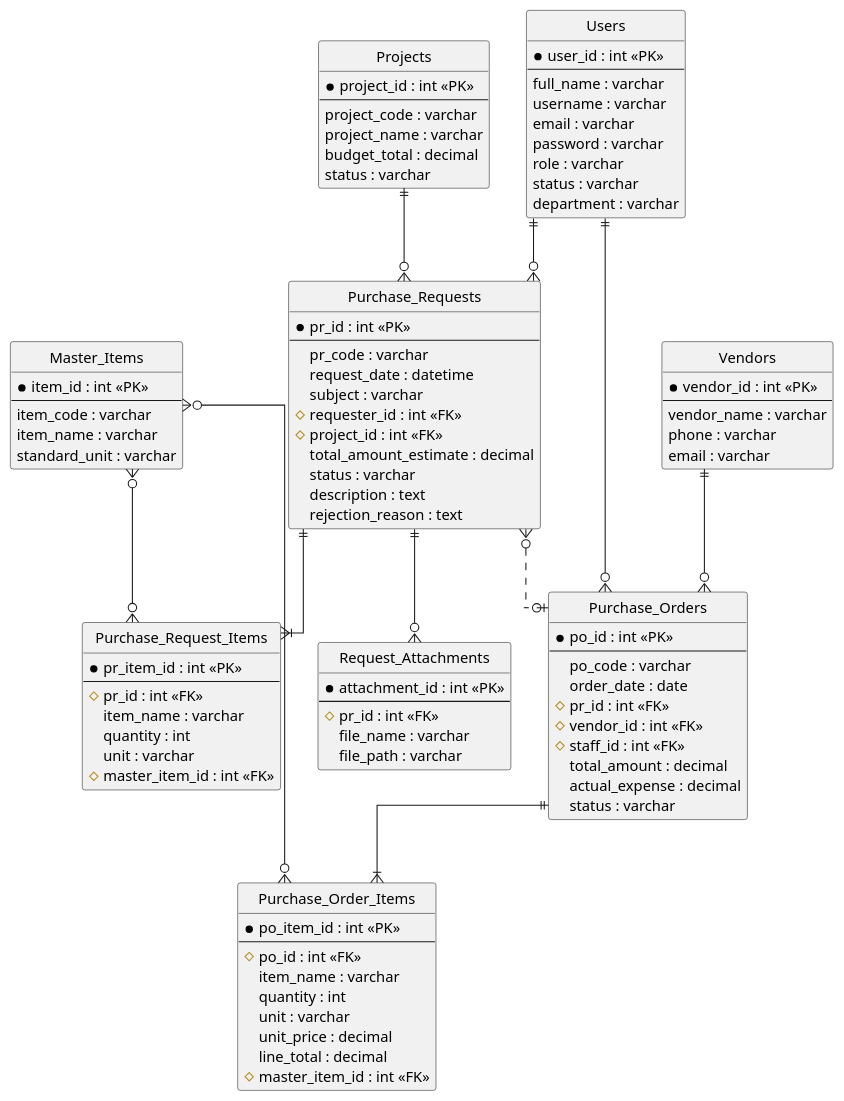
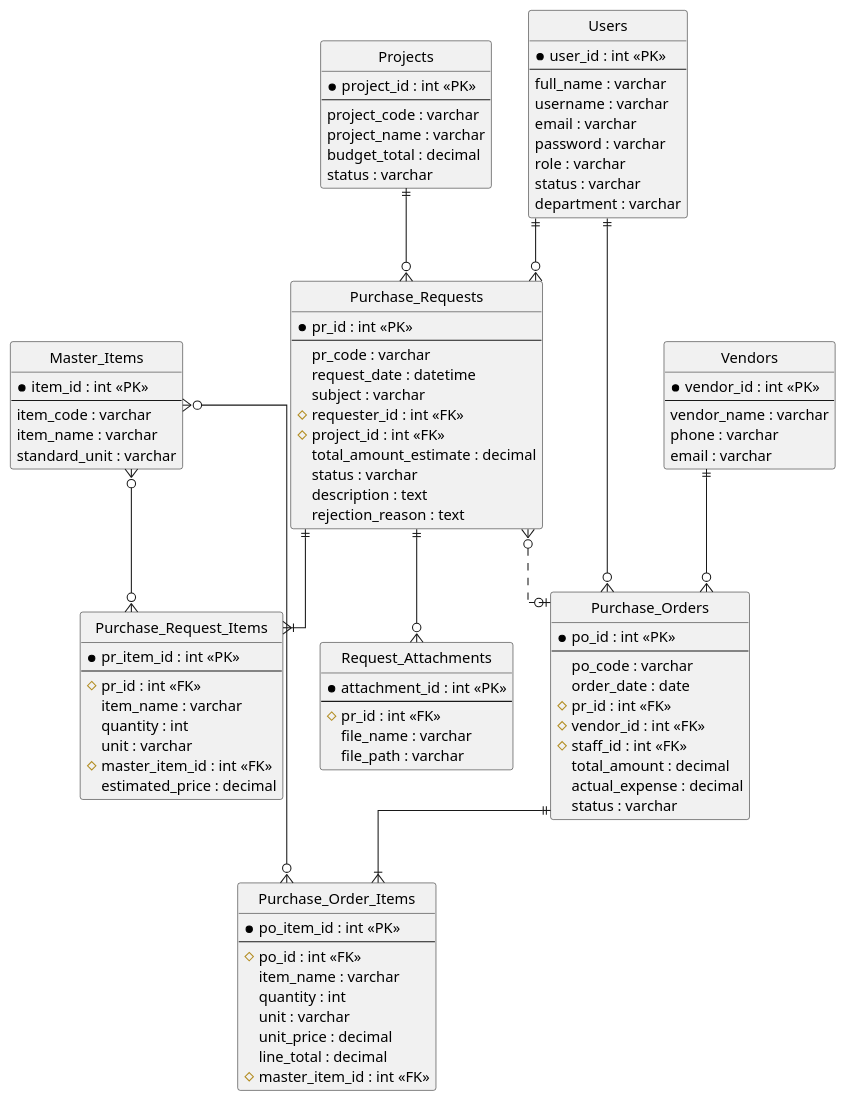
Before and after one commit to Thavizup-Deesan/DSSI-PROJECT-2568: the diagram in Diagram/ER Diagram.puml, drawn with PlantUML.

Commit message:
Add initial project files

```diff
--- a/Diagram/ER Diagram.puml
+++ b/Diagram/ER Diagram.puml
@@ -1,116 +1,118 @@
 @startuml
 hide circle
 
 skinparam linetype ortho
 
 entity "Users" as users {
   *user_id : int <<PK>>
   --
   full_name : varchar
   username : varchar
   email : varchar
   password : varchar
   role : varchar
   status : varchar
   department : varchar
 }
 
 entity "Projects" as projects {
   *project_id : int <<PK>>
   --
   project_code : varchar
   project_name : varchar
   budget_total : decimal
   status : varchar
 }
 
 entity "Vendors" as vendors {
   *vendor_id : int <<PK>>
   --
   vendor_name : varchar
   phone : varchar
   email : varchar
 }
 
 entity "Master_Items" as master_items {
   *item_id : int <<PK>>
   --
   item_code : varchar
   item_name : varchar
   standard_unit : varchar
 }
 
 entity "Purchase_Requests" as pr {
   *pr_id : int <<PK>>
   --
   pr_code : varchar
   request_date : datetime
   subject : varchar
   #requester_id : int <<FK>>
   #project_id : int <<FK>>
   total_amount_estimate : decimal
   status : varchar
   description : text
   rejection_reason : text
 }
 
 entity "Purchase_Request_Items" as pr_items {
   *pr_item_id : int <<PK>>
   --
   #pr_id : int <<FK>>
   item_name : varchar
   quantity : int
   unit : varchar
   #master_item_id : int <<FK>>
+  '-- เพิ่มคอลัมน์ใหม่ --'
+  estimated_price : decimal
 }
 
 
 entity "Request_Attachments" as attachments {
     *attachment_id : int <<PK>>
     --
     #pr_id : int <<FK>>
     file_name : varchar
     file_path : varchar
 }
 
 
 entity "Purchase_Orders" as po {
   *po_id : int <<PK>>
   --
   po_code : varchar
   order_date : date
   #pr_id : int <<FK>>
   #vendor_id : int <<FK>>
   #staff_id : int <<FK>>
   total_amount : decimal
   actual_expense : decimal
   status : varchar
 }
 
 entity "Purchase_Order_Items" as po_items {
   *po_item_id : int <<PK>>
   --
   #po_id : int <<FK>>
   item_name : varchar
   quantity : int
   unit : varchar
   unit_price : decimal
   line_total : decimal
   #master_item_id : int <<FK>>
 }
 
 users ||--o{ pr
 projects ||--o{ pr
 pr ||--|{ pr_items
 master_items }o--o{ pr_items
 
 
 pr ||--o{ attachments
 
 pr }o..o| po
 vendors ||--o{ po
 users ||--o{ po
 po ||--|{ po_items
 master_items }o--o{ po_items
 
 @enduml
```
